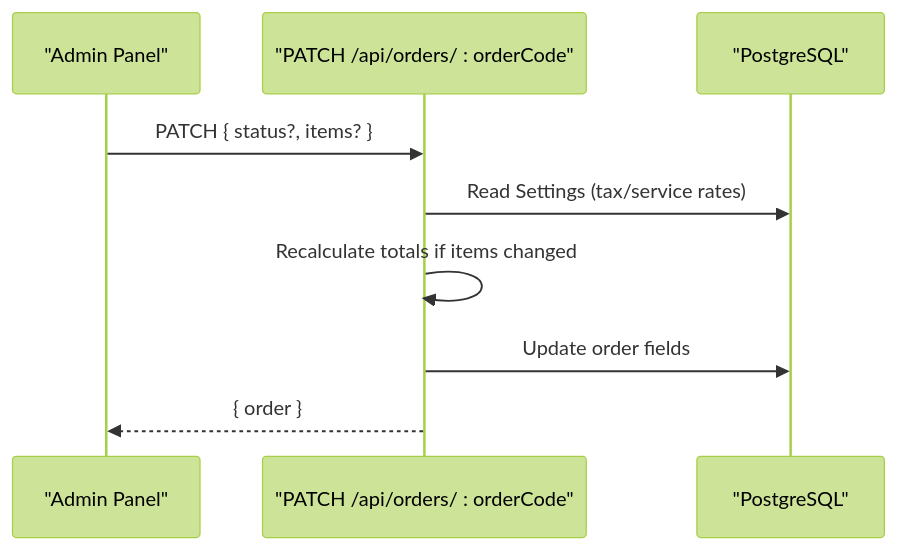
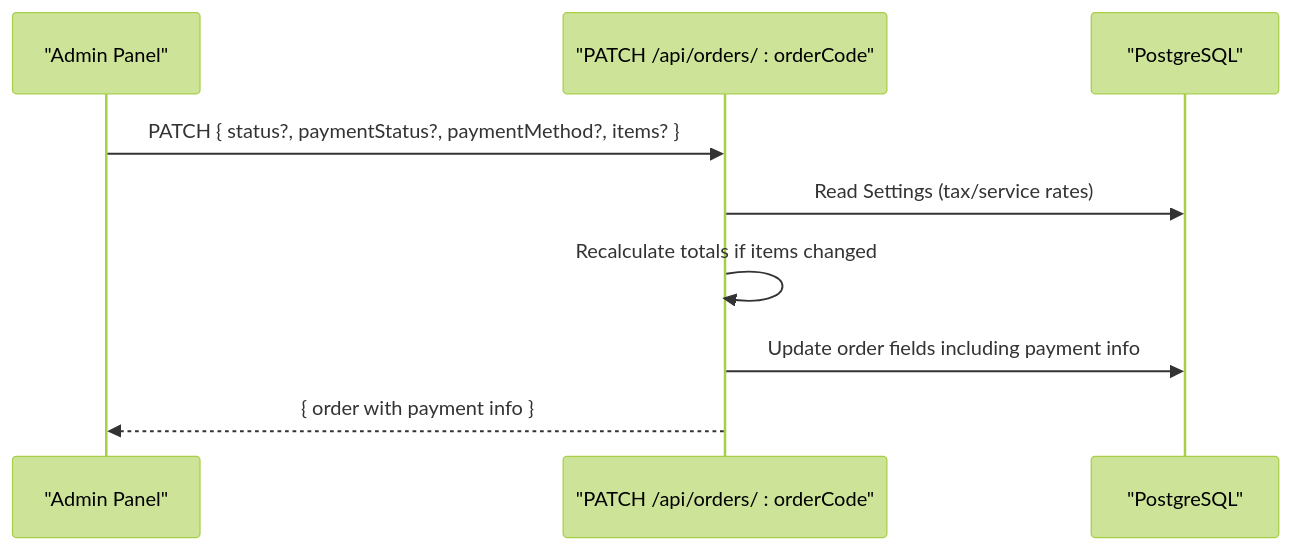
Before and after one commit to Ice-Nao-Eevee/Tera_Work: the fourth of 10 diagrams in .qoder/repowiki/en/content/Architecture Overview/Backend Architecture/API Layer/Orders API Endpoints.md, drawn with Mermaid (forest theme). The commit also changed other lines of this file and 55 other files, not shown here.

````diff
--- a/.qoder/repowiki/en/content/Architecture Overview/Backend Architecture/API Layer/Orders API Endpoints.md
+++ b/.qoder/repowiki/en/content/Architecture Overview/Backend Architecture/API Layer/Orders API Endpoints.md
@@ -237,11 +255,11 @@
 ```mermaid
 sequenceDiagram
 participant Admin as "Admin Panel"
 participant OrdersCRUD as "PATCH /api/orders/ : orderCode"
 participant DB as "PostgreSQL"
-Admin->>OrdersCRUD : PATCH { status?, items? }
+Admin->>OrdersCRUD : PATCH { status?, paymentStatus?, paymentMethod?, items? }
 OrdersCRUD->>DB : Read Settings (tax/service rates)
 OrdersCRUD->>OrdersCRUD : Recalculate totals if items changed
-OrdersCRUD->>DB : Update order fields
-OrdersCRUD-->>Admin : { order }
+OrdersCRUD->>DB : Update order fields including payment info
+OrdersCRUD-->>Admin : { order with payment info }
 ```
````
